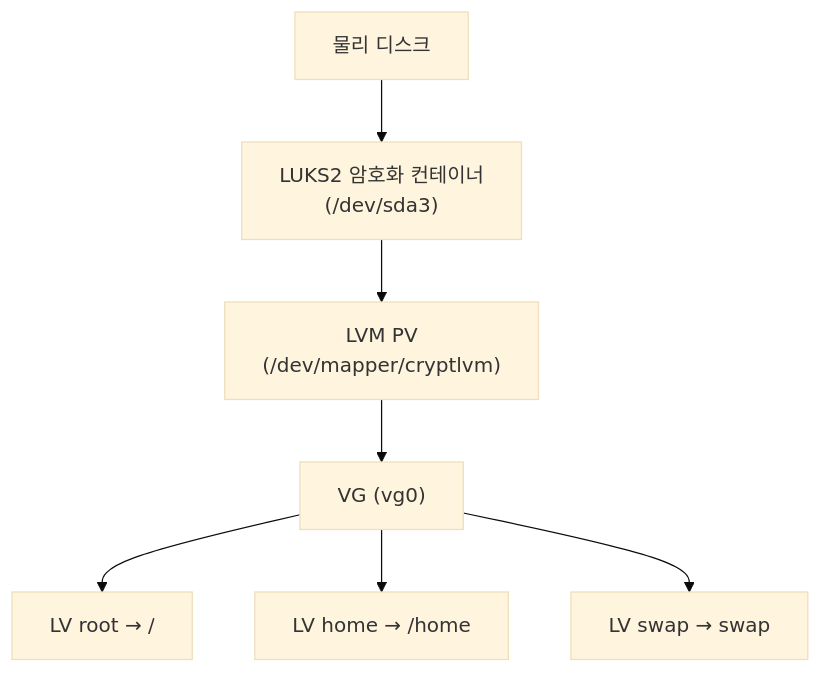
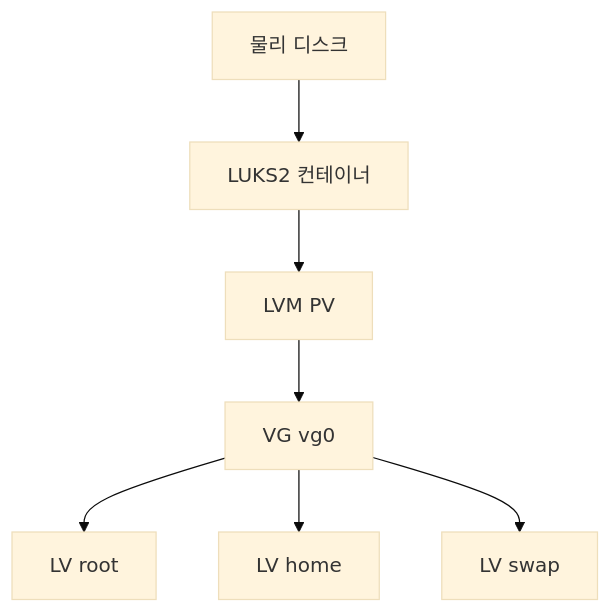
Before and after one commit to moonblueblue/devops-wiki: the sixth of 9 diagrams in content/linux/linux-security/luks-dm-crypt.md, drawn with Mermaid (base theme). The commit also changed other lines of this file and 37 other files, not shown here.

First line of the commit message:
style: linux 카테고리 ASCII 도표·Mermaid 라벨 형식 교정

````diff
--- a/content/linux/linux-security/luks-dm-crypt.md
+++ b/content/linux/linux-security/luks-dm-crypt.md
@@ -521,9 +545,9 @@
 ```mermaid
 graph TD
-    A[물리 디스크] --> B["LUKS2 암호화 컨테이너\n(/dev/sda3)"]
-    B --> C["LVM PV\n(/dev/mapper/cryptlvm)"]
-    C --> D["VG (vg0)"]
-    D --> E["LV root → /"]
-    D --> F["LV home → /home"]
-    D --> G["LV swap → swap"]
+    A[물리 디스크] --> B["LUKS2 컨테이너"]
+    B --> C["LVM PV"]
+    C --> D["VG vg0"]
+    D --> E["LV root"]
+    D --> F["LV home"]
+    D --> G["LV swap"]
 ```
````
